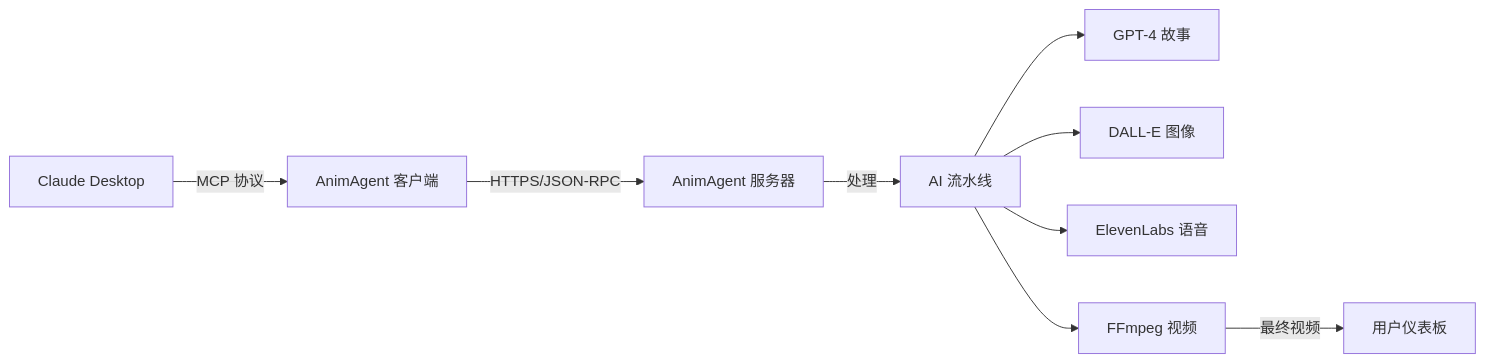
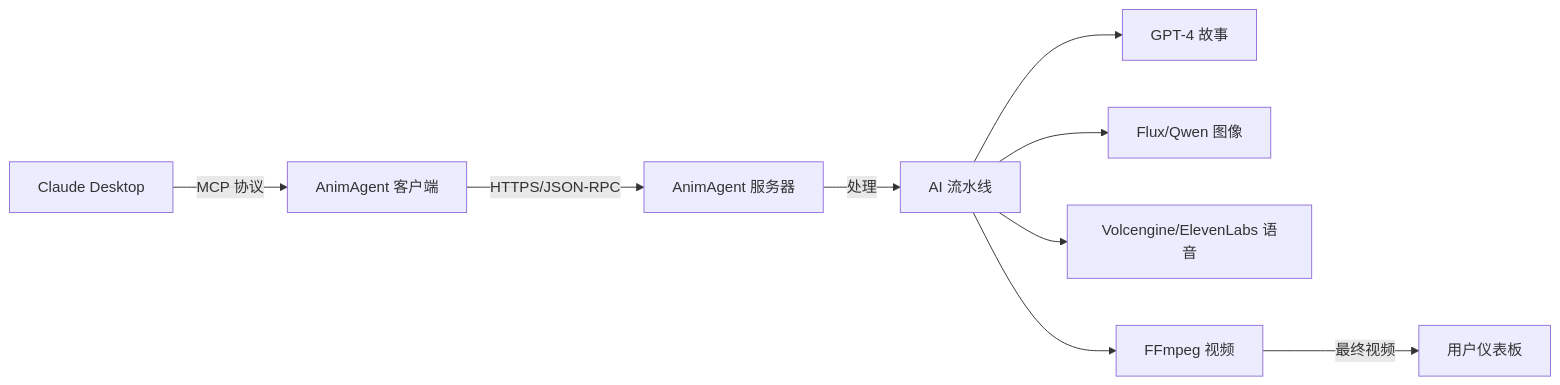
The diagram in README_CN.md (preangelleo/animagent-mcp-client), drawn with Mermaid before and after one commit. The commit also changed 1 other file, not shown here.

Commit message:
fix: Correct AI technology stack in architecture diagram
- Replace DALL-E with Flux/Qwen for image generation
- Update voice services to Volcengine (Chinese) and ElevenLabs (other languages)
- Accurately reflect the actual technology used in production

````diff
--- a/README_CN.md
+++ b/README_CN.md
@@ -255,11 +255,11 @@
 ```mermaid
 graph LR
     A[Claude Desktop] -->|MCP 协议| B[AnimAgent 客户端]
     B -->|HTTPS/JSON-RPC| C[AnimAgent 服务器]
     C -->|处理| D[AI 流水线]
     D --> E[GPT-4 故事]
-    D --> F[DALL-E 图像]
-    D --> G[ElevenLabs 语音]
+    D --> F[Flux/Qwen 图像]
+    D --> G[Volcengine/ElevenLabs 语音]
     D --> H[FFmpeg 视频]
     H -->|最终视频| I[用户仪表板]
 ```
````
